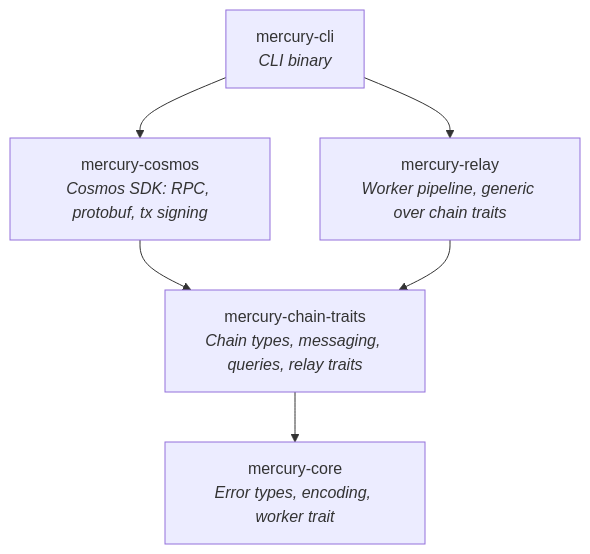
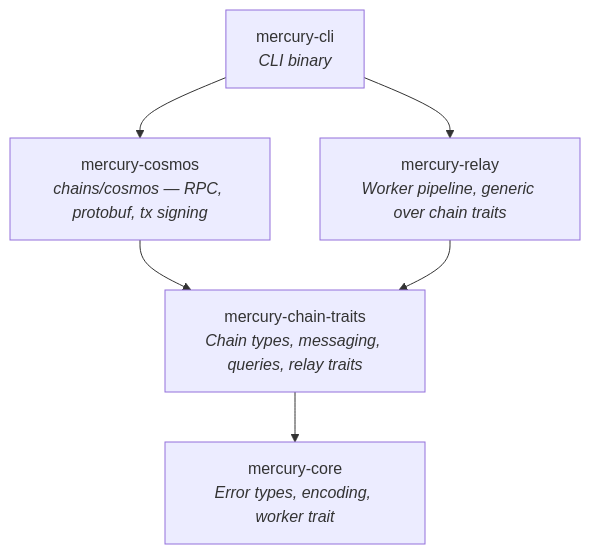
The first of 2 diagrams in docs/architecture.md (vaporif/mercury), drawn with Mermaid before and after one commit. The commit also changed 20 other files, not shown here.

````diff
--- a/docs/architecture.md
+++ b/docs/architecture.md
@@ -73,14 +73,14 @@
 ```mermaid
 graph TD
     CLI[mercury-cli<br/><i>CLI binary</i>]
-    COSMOS[mercury-cosmos<br/><i>Cosmos SDK: RPC, protobuf, tx signing</i>]
+    COSMOS[mercury-cosmos<br/><i>chains/cosmos — RPC, protobuf, tx signing</i>]
     RELAY[mercury-relay<br/><i>Worker pipeline, generic over chain traits</i>]
     TRAITS[mercury-chain-traits<br/><i>Chain types, messaging, queries, relay traits</i>]
     CORE[mercury-core<br/><i>Error types, encoding, worker trait</i>]
 
     CLI --> COSMOS
     CLI --> RELAY
     COSMOS --> TRAITS
     RELAY --> TRAITS
     TRAITS --> CORE
 ```
````
